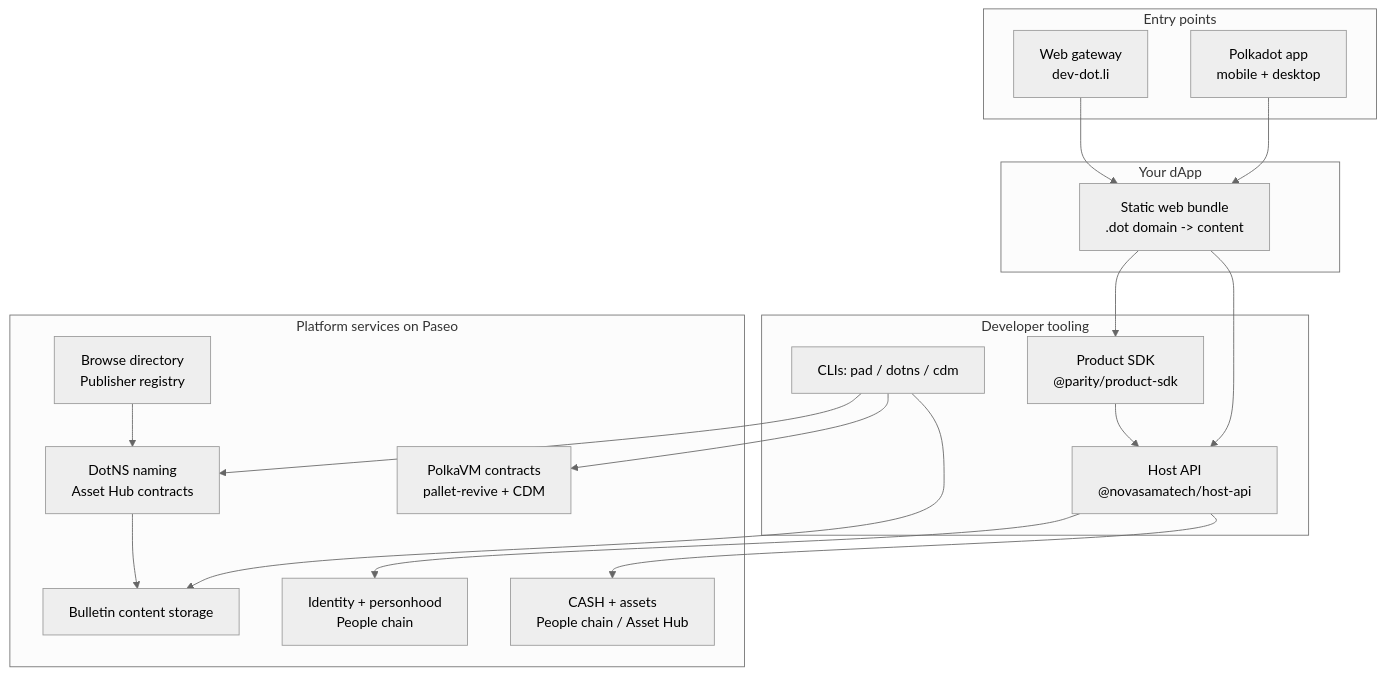
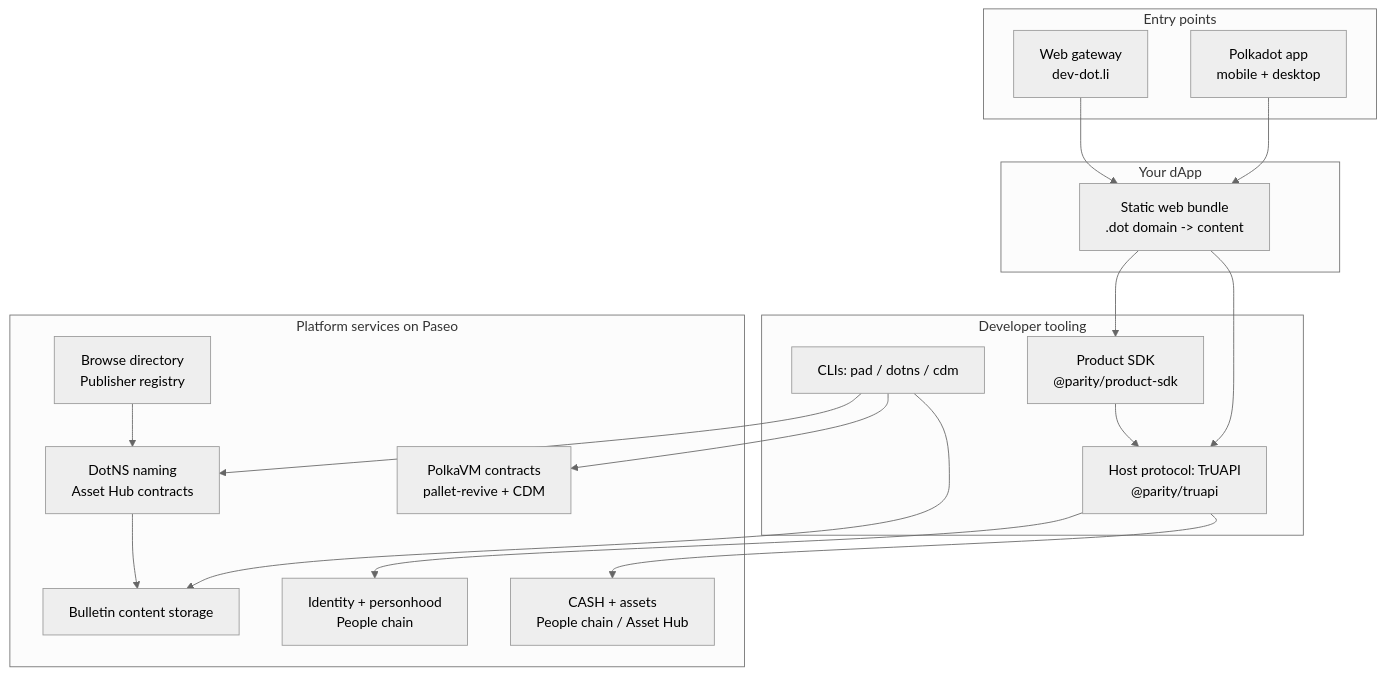
The diagram in docs/introduction.md (Polkadot-Community-Foundation/polkadot-app-docs), drawn with Mermaid (neutral theme) before and after one commit. The commit also changed other lines of this file and 22 other files, not shown here.

````diff
--- a/docs/introduction.md
+++ b/docs/introduction.md
@@ -40,35 +40,35 @@
 ```mermaid
 flowchart TD
   subgraph U[Entry points]
     APP[Polkadot app<br/>mobile + desktop]
     GW[Web gateway<br/>dev-dot.li]
   end
   subgraph D[Your dApp]
     BUNDLE[Static web bundle<br/>.dot domain -> content]
   end
   subgraph S[Developer tooling]
     SDK[Product SDK<br/>@parity/product-sdk]
-    HOST[Host API<br/>@novasamatech/host-api]
+    HOST[Host protocol: TrUAPI<br/>@parity/truapi]
     CLIS[CLIs: pad / dotns / cdm]
   end
   subgraph P[Platform services on Paseo]
     NAME[DotNS naming<br/>Asset Hub contracts]
     STORE[Bulletin content storage]
     ID[Identity + personhood<br/>People chain]
     MONEY[CASH + assets<br/>People chain / Asset Hub]
     CONTRACTS[PolkaVM contracts<br/>pallet-revive + CDM]
     BROWSE[Browse directory<br/>Publisher registry]
   end
   APP --> BUNDLE
   GW --> BUNDLE
   BUNDLE --> HOST
   BUNDLE --> SDK
   SDK --> HOST
   CLIS --> NAME
   CLIS --> STORE
   CLIS --> CONTRACTS
   HOST --> ID
   HOST --> MONEY
   NAME --> STORE
   BROWSE --> NAME
 ```
````
